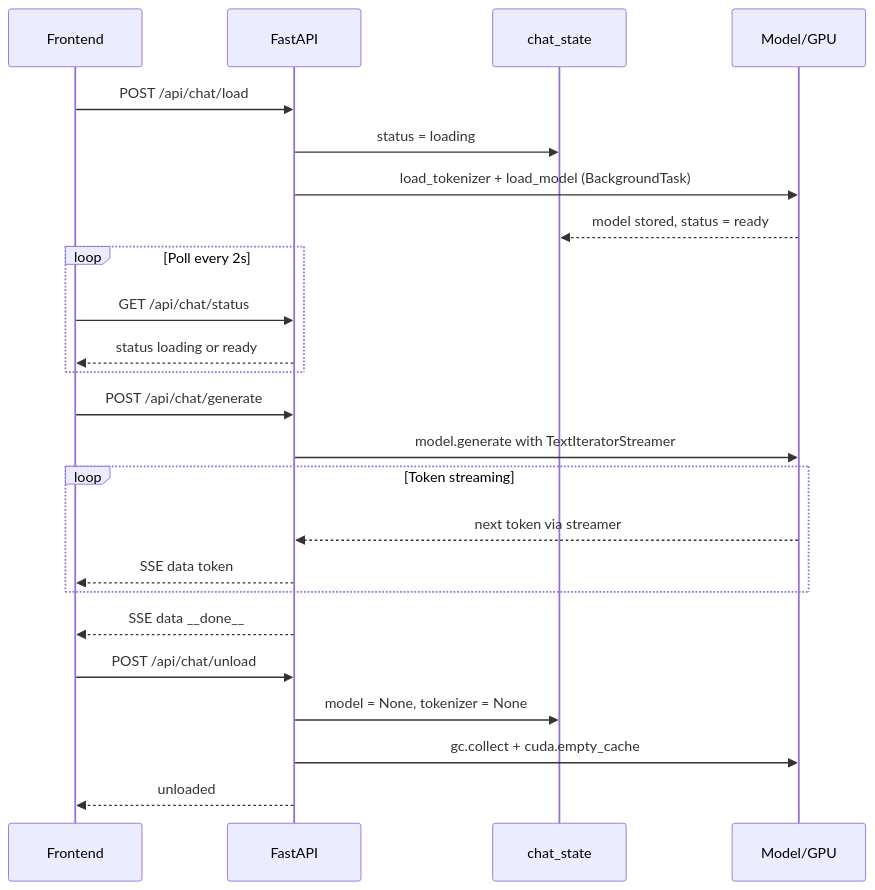
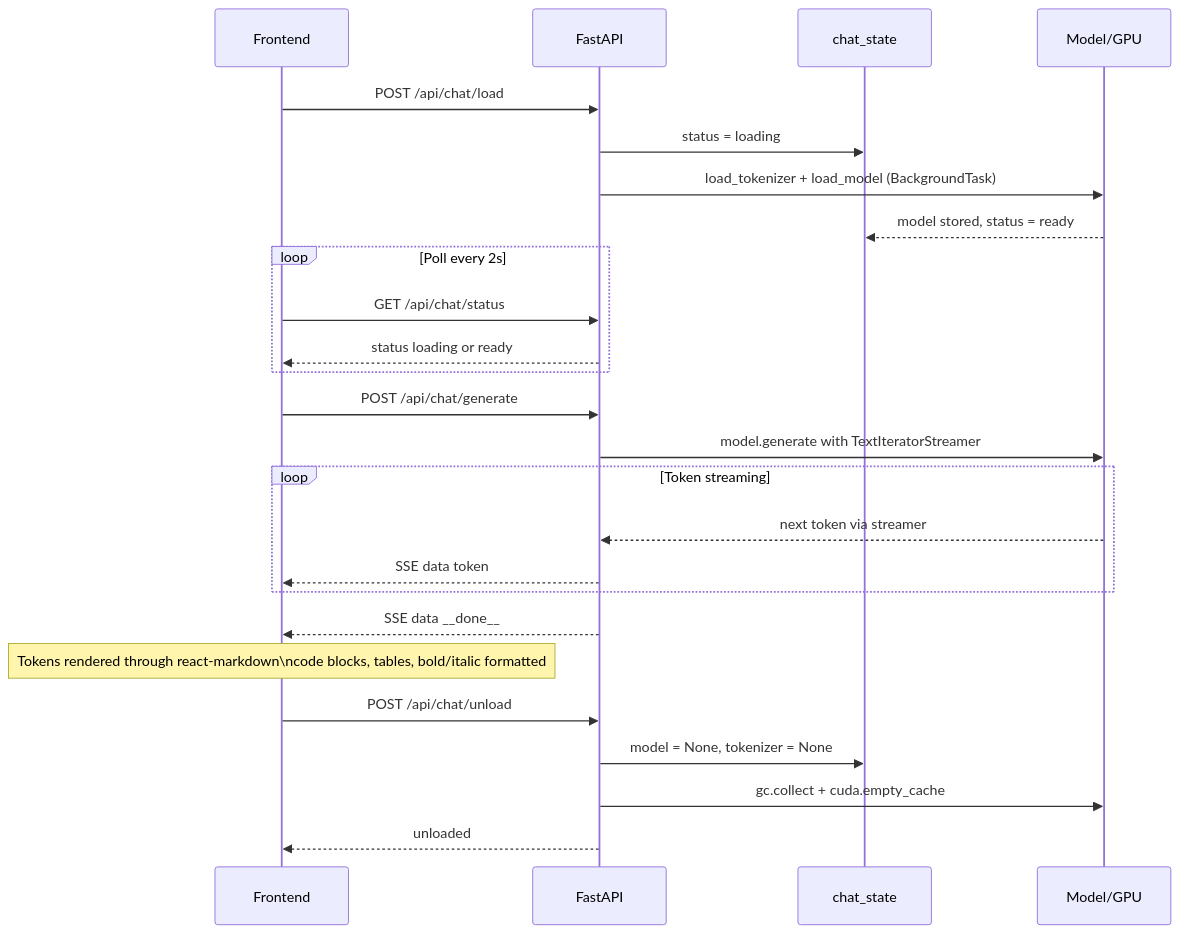
One commit to williamcheong0616/training_pipeline_dashboard changed the seventh of 8 diagrams in docs/SYSTEM_FLOW.md. Above: the diagram before and after it, drawn with Mermaid. The commit also changed other lines of this file and 6 other files, not shown here.

````diff
--- a/docs/SYSTEM_FLOW.md
+++ b/docs/SYSTEM_FLOW.md
@@ -235,32 +279,33 @@
 ```mermaid
 sequenceDiagram
     participant UI as Frontend
     participant API as FastAPI
     participant State as chat_state
     participant GPU as Model/GPU
 
     UI->>API: POST /api/chat/load
     API->>State: status = loading
     API->>GPU: load_tokenizer + load_model (BackgroundTask)
     GPU-->>State: model stored, status = ready
 
     loop Poll every 2s
         UI->>API: GET /api/chat/status
         API-->>UI: status loading or ready
     end
 
     UI->>API: POST /api/chat/generate
     API->>GPU: model.generate with TextIteratorStreamer
 
     loop Token streaming
         GPU-->>API: next token via streamer
         API-->>UI: SSE data token
     end
 
     API-->>UI: SSE data __done__
+    Note over UI: Tokens rendered through react-markdown\ncode blocks, tables, bold/italic formatted
 
     UI->>API: POST /api/chat/unload
     API->>State: model = None, tokenizer = None
     API->>GPU: gc.collect + cuda.empty_cache
     API-->>UI: unloaded
 ```
````
